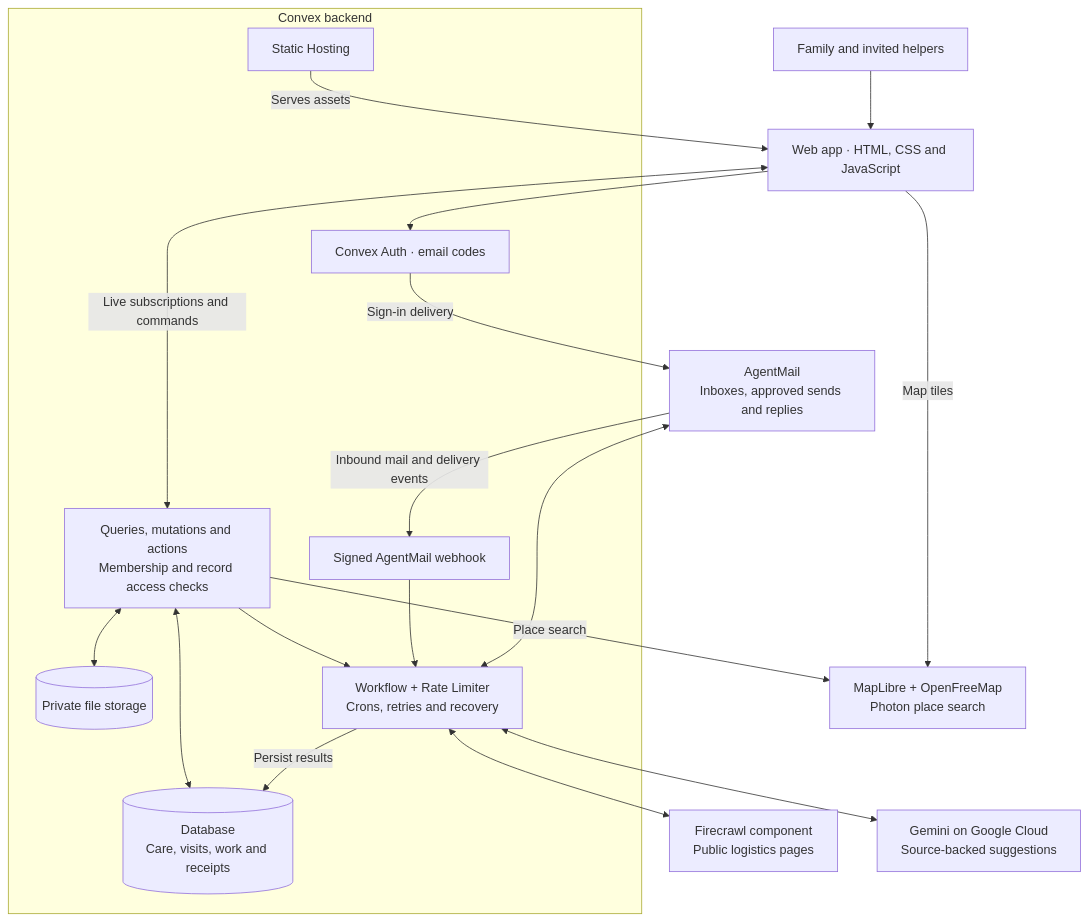
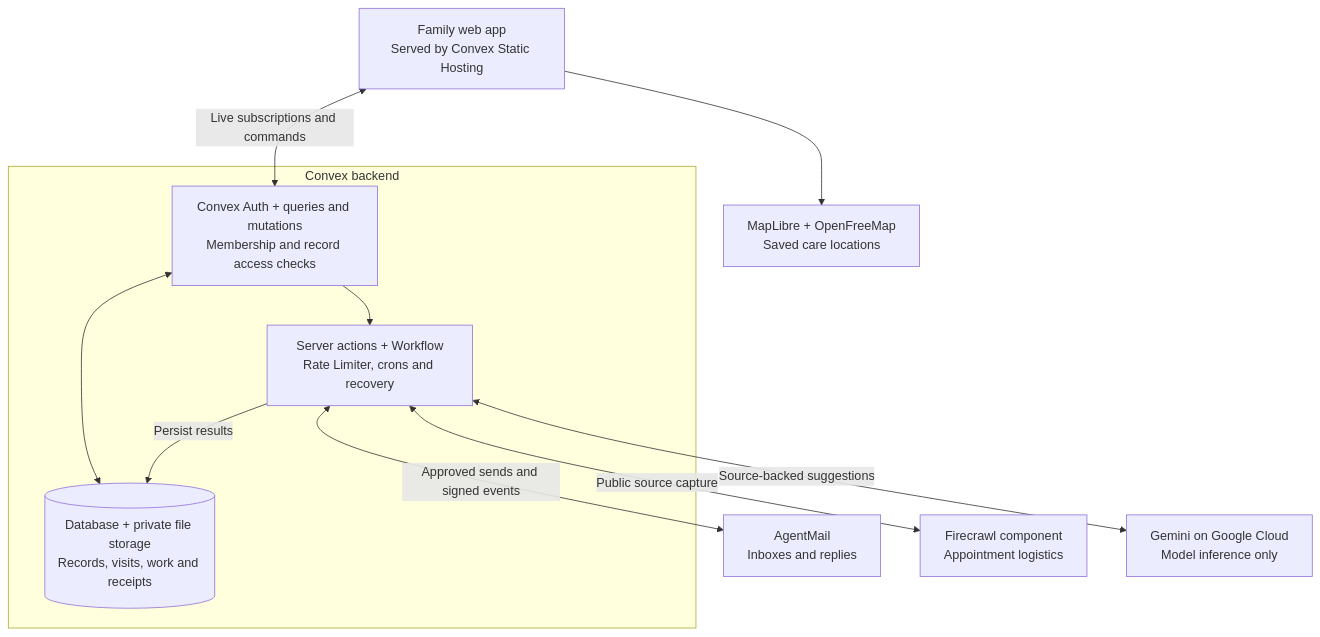
The diagram in README.md (Satianurag/handoff), drawn with Mermaid before and after one commit.

Commit message:
Simplify architecture diagram for readable GitHub rendering

````diff
--- a/README.md
+++ b/README.md
@@ -29,37 +29,20 @@
 ```mermaid
 flowchart TB
-    Family["Family and invited helpers"]
-    Browser["Web app · HTML, CSS and JavaScript"]
+    Browser["Family web app<br/>Served by Convex Static Hosting"]
+    Maps["MapLibre + OpenFreeMap<br/>Saved care locations"]
 
     subgraph Convex["Convex backend"]
-        Hosting["Static Hosting"]
-        Auth["Convex Auth · email codes"]
-        API["Queries, mutations and actions<br/>Membership and record access checks"]
-        DB[("Database<br/>Care, visits, work and receipts")]
-        Files[("Private file storage")]
-        Jobs["Workflow + Rate Limiter<br/>Crons, retries and recovery"]
-        Hooks["Signed AgentMail webhook"]
+        API["Convex Auth + queries and mutations<br/>Membership and record access checks"]
+        Data[("Database + private file storage<br/>Records, visits, work and receipts")]
+        Jobs["Server actions + Workflow<br/>Rate Limiter, crons and recovery"]
+        API <--> Data
+        API --> Jobs
+        Jobs -->|Persist results| Data
     end
 
-    Mail["AgentMail<br/>Inboxes, approved sends and replies"]
-    Crawl["Firecrawl component<br/>Public logistics pages"]
-    Model["Gemini on Google Cloud<br/>Source-backed suggestions"]
-    Maps["MapLibre + OpenFreeMap<br/>Photon place search"]
-
-    Family --> Browser
-    Hosting -->|Serves assets| Browser
-    Browser --> Auth
     Browser <-->|Live subscriptions and commands| API
-    API <--> DB
-    API <--> Files
-    API --> Jobs
-    Jobs <--> Mail
-    Jobs <--> Crawl
-    Jobs <--> Model
-    Jobs -->|Persist results| DB
-    Auth -->|Sign-in delivery| Mail
-    Mail -->|Inbound mail and delivery events| Hooks
-    Hooks --> Jobs
-    Browser -->|Map tiles| Maps
-    API -->|Place search| Maps
+    Browser --> Maps
+    Jobs <-->|Approved sends and signed events| Mail["AgentMail<br/>Inboxes and replies"]
+    Jobs <-->|Public source capture| Crawl["Firecrawl component<br/>Appointment logistics"]
+    Jobs <-->|Source-backed suggestions| Model["Gemini on Google Cloud<br/>Model inference only"]
 ```
````
